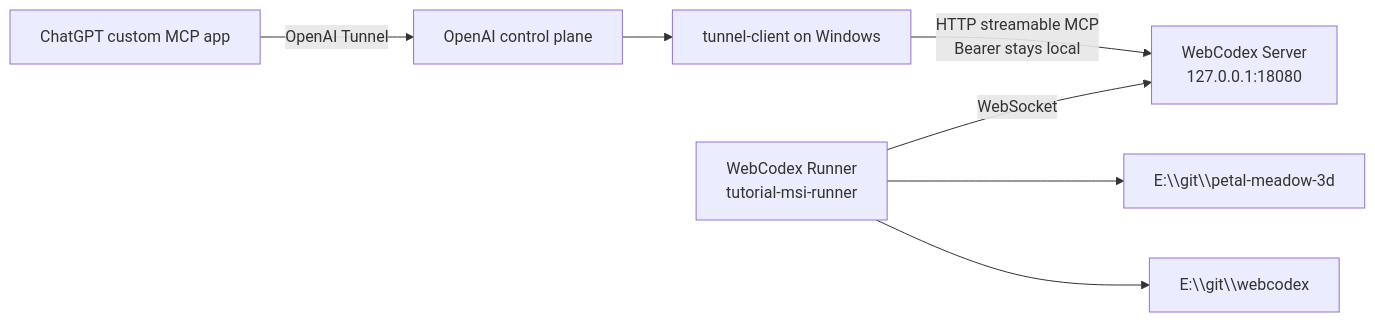
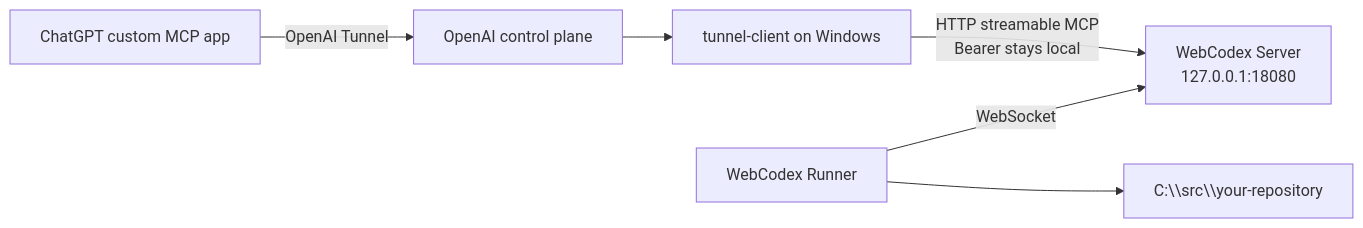
Before and after one commit to Link-Start/webcodex_yyjeqhc: the first of 2 diagrams in docs/WINDOWS_OPENAI_TUNNEL.md, drawn with Mermaid. The commit also changed other lines of this file and 26 other files, not shown here.

````diff
--- a/docs/WINDOWS_OPENAI_TUNNEL.md
+++ b/docs/WINDOWS_OPENAI_TUNNEL.md
@@ -29,9 +29,8 @@
 ```mermaid
 flowchart LR
     C[ChatGPT custom MCP app] -->|OpenAI Tunnel| CP[OpenAI control plane]
     CP --> TC[tunnel-client on Windows]
     TC -->|HTTP streamable MCP\nBearer stays local| S[WebCodex Server\n127.0.0.1:18080]
-    R[WebCodex Runner\ntutorial-msi-runner] -->|WebSocket| S
-    R --> P1[E:\\git\\petal-meadow-3d]
-    R --> P2[E:\\git\\webcodex]
+    R[WebCodex Runner] -->|WebSocket| S
+    R --> P[C:\\src\\your-repository]
 ```
````
